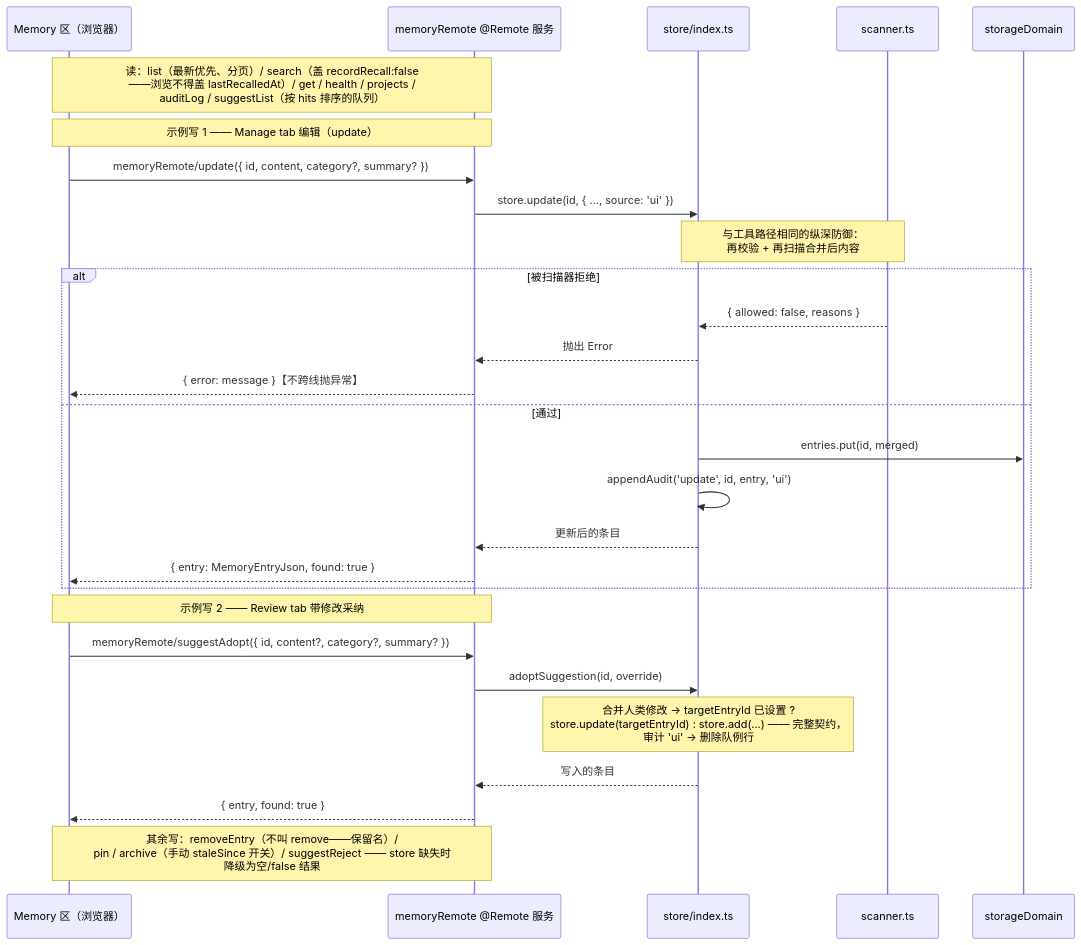
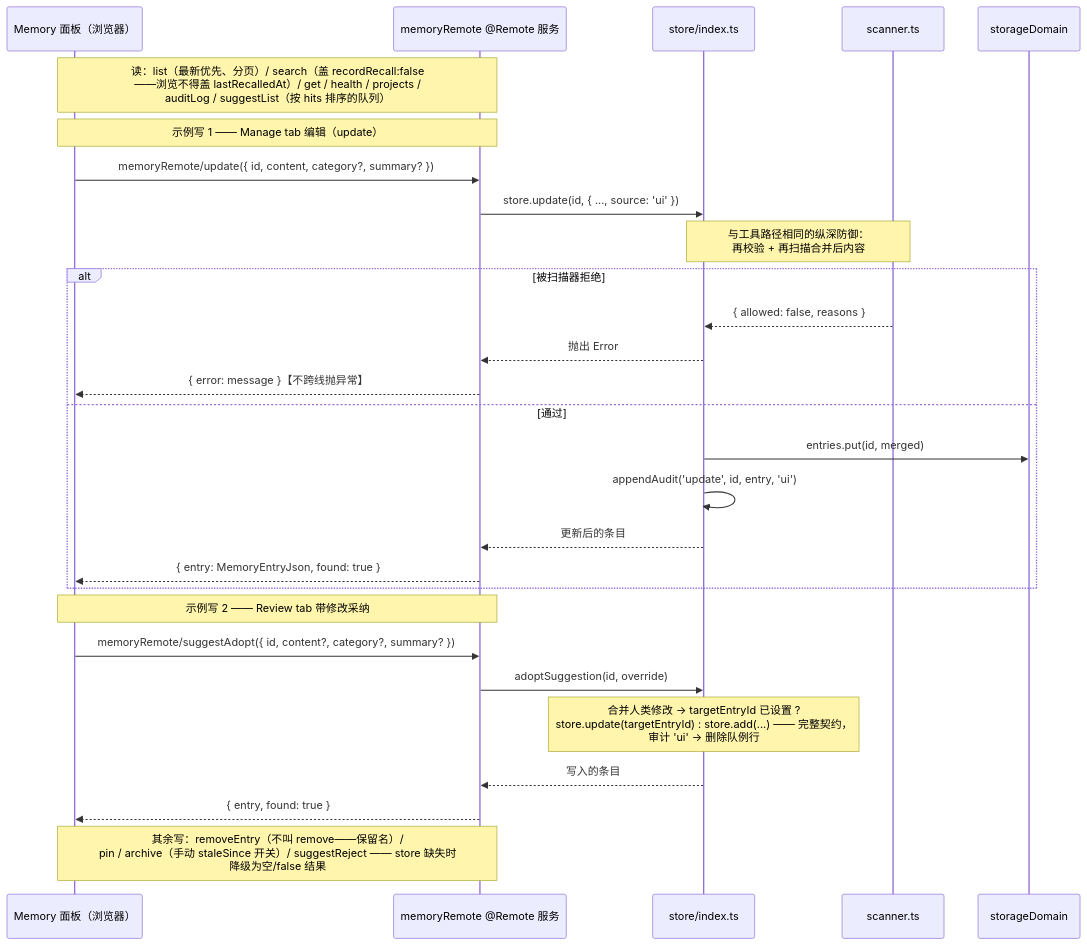
Before and after one commit to chenhw7/dsh-memory: diagram 13 of 15 in docs/SEQUENCE_DIAGRAMS.zh.md, drawn with Mermaid. The commit also changed other lines of this file and 50 other files, not shown here.

````diff
--- a/docs/SEQUENCE_DIAGRAMS.zh.md
+++ b/docs/SEQUENCE_DIAGRAMS.zh.md
@@ -596,36 +596,36 @@
 ```mermaid
 sequenceDiagram
-    participant UI as Memory 区（浏览器）
+    participant UI as Memory 面板（浏览器）
     participant Remote as memoryRemote @Remote 服务
     participant Store as store/index.ts
     participant Scanner as scanner.ts
     participant SD as storageDomain
 
     Note over UI,Remote: 读：list（最新优先、分页）/ search（盖 recordRecall:false<br/>——浏览不得盖 lastRecalledAt）/ get / health / projects /<br/>auditLog / suggestList（按 hits 排序的队列）
 
     Note over UI,Remote: 示例写 1 —— Manage tab 编辑（update）
 
     UI->>Remote: memoryRemote/update({ id, content, category?, summary? })
     Remote->>Store: store.update(id, { ..., source: 'ui' })
     Note over Store,Scanner: 与工具路径相同的纵深防御：<br/>再校验 + 再扫描合并后内容
     alt 被扫描器拒绝
         Scanner-->>Store: { allowed: false, reasons }
         Store-->>Remote: 抛出 Error
         Remote-->>UI: { error: message }【不跨线抛异常】
     else 通过
         Store->>SD: entries.put(id, merged)
         Store->>Store: appendAudit('update', id, entry, 'ui')
         Store-->>Remote: 更新后的条目
         Remote-->>UI: { entry: MemoryEntryJson, found: true }
     end
 
     Note over UI,Remote: 示例写 2 —— Review tab 带修改采纳
 
     UI->>Remote: memoryRemote/suggestAdopt({ id, content?, category?, summary? })
     Remote->>Store: adoptSuggestion(id, override)
     Note over Store: 合并人类修改 → targetEntryId 已设置 ?<br/>store.update(targetEntryId) : store.add(...) —— 完整契约，<br/>审计 'ui' → 删除队例行
     Store-->>Remote: 写入的条目
     Remote-->>UI: { entry, found: true }
 
     Note over UI,Remote: 其余写：removeEntry（不叫 remove——保留名）/<br/>pin / archive（手动 staleSince 开关）/ suggestReject —— store 缺失时<br/>降级为空/false 结果
 ```
````
